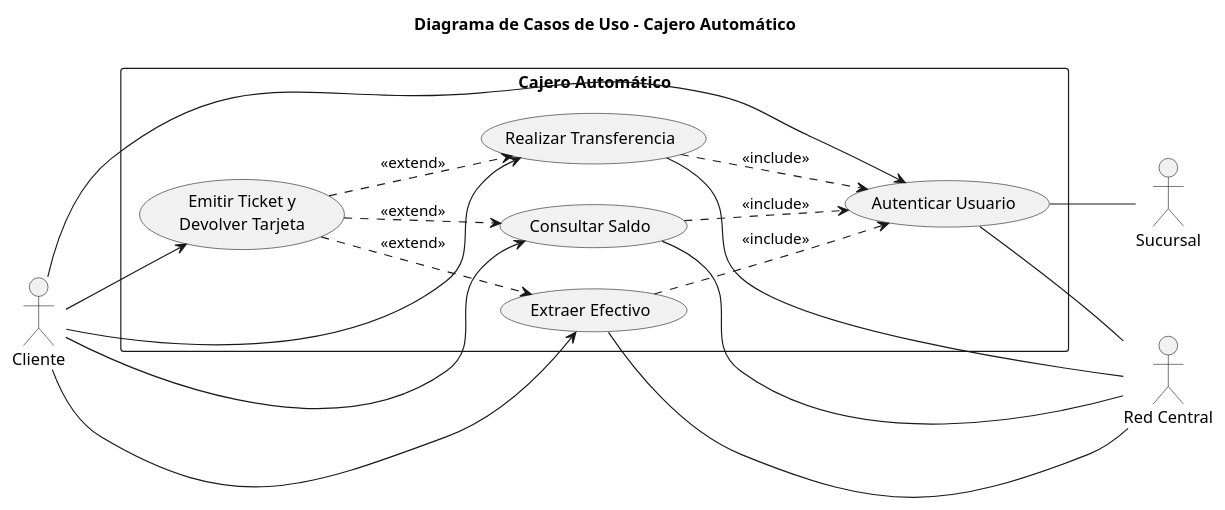
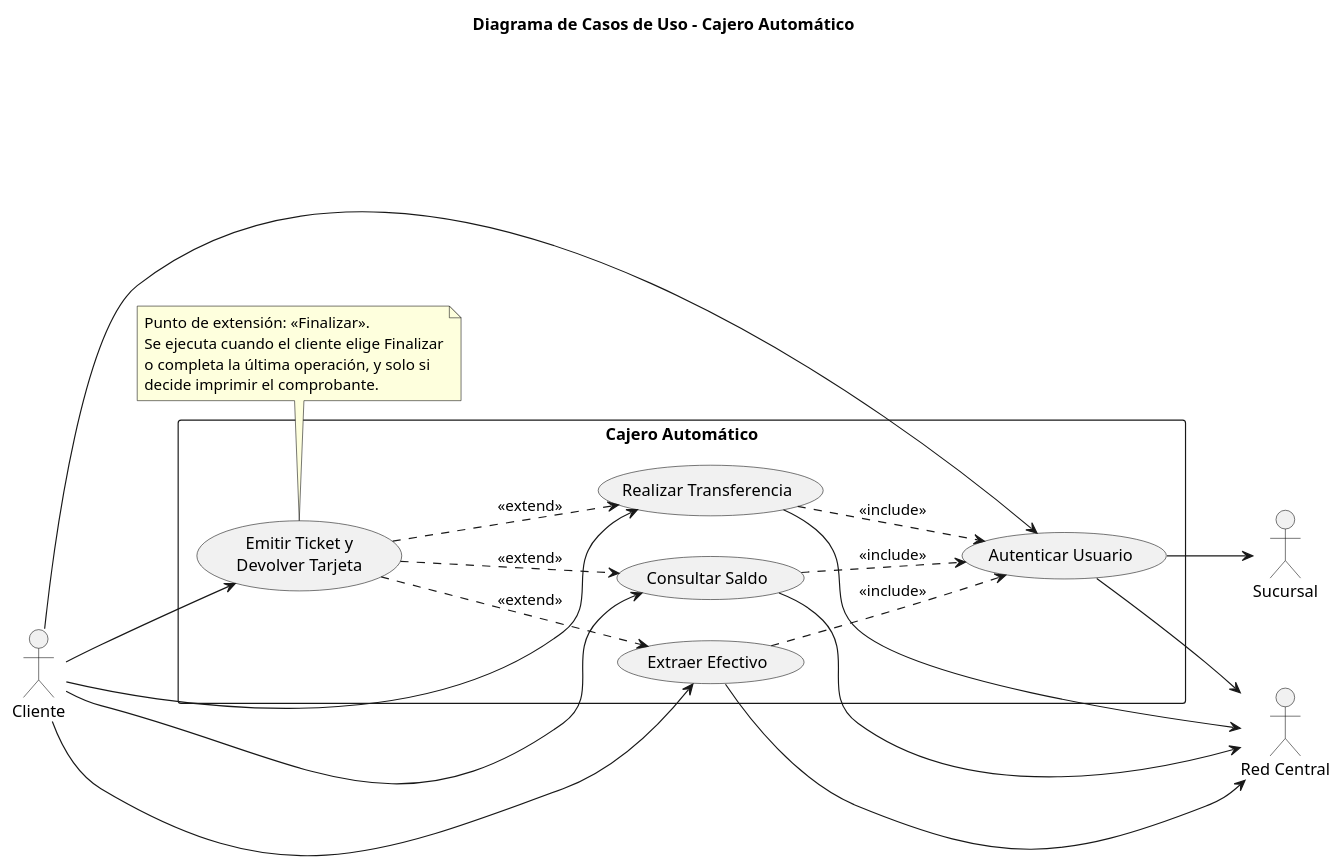
One commit to 4l3j0Ok/institute-third-year changed the diagram in diseno-e-implementacion-de-sistemas/diagrams/03_casos_de_uso.puml. Above: the diagram before and after it, drawn with PlantUML. The commit also changed 86 other files, not shown here.

```diff
--- a/diseno-e-implementacion-de-sistemas/diagrams/03_casos_de_uso.puml
+++ b/diseno-e-implementacion-de-sistemas/diagrams/03_casos_de_uso.puml
@@ -1,36 +1,44 @@
 @startuml 03_casos_de_uso
 title Diagrama de Casos de Uso - Cajero Automático
 left to right direction
 skinparam shadowing false
 
 actor "Cliente" as CLI
 actor "Sucursal" as SUC
 actor "Red Central" as RED
 
 rectangle "Cajero Automático" {
   usecase "Autenticar Usuario" as CU1
   usecase "Consultar Saldo" as CU2
   usecase "Extraer Efectivo" as CU3
   usecase "Realizar Transferencia" as CU4
   usecase "Emitir Ticket y\nDevolver Tarjeta" as CU5
 }
 
 CLI --> CU1
 CLI --> CU2
 CLI --> CU3
 CLI --> CU4
 CLI --> CU5
 
 CU2 ..> CU1 : <<include>>
 CU3 ..> CU1 : <<include>>
 CU4 ..> CU1 : <<include>>
+
 CU5 ..> CU2 : <<extend>>
 CU5 ..> CU3 : <<extend>>
 CU5 ..> CU4 : <<extend>>
 
-CU1 -- SUC
-CU1 -- RED
-CU2 -- RED
-CU3 -- RED
-CU4 -- RED
+CU1 --> SUC
+CU1 --> RED
+CU2 --> RED
+CU3 --> RED
+CU4 --> RED
+
+note bottom of CU5
+  Punto de extensión: «Finalizar».
+  Se ejecuta cuando el cliente elige Finalizar
+  o completa la última operación, y solo si
+  decide imprimir el comprobante.
+end note
 @enduml
```
